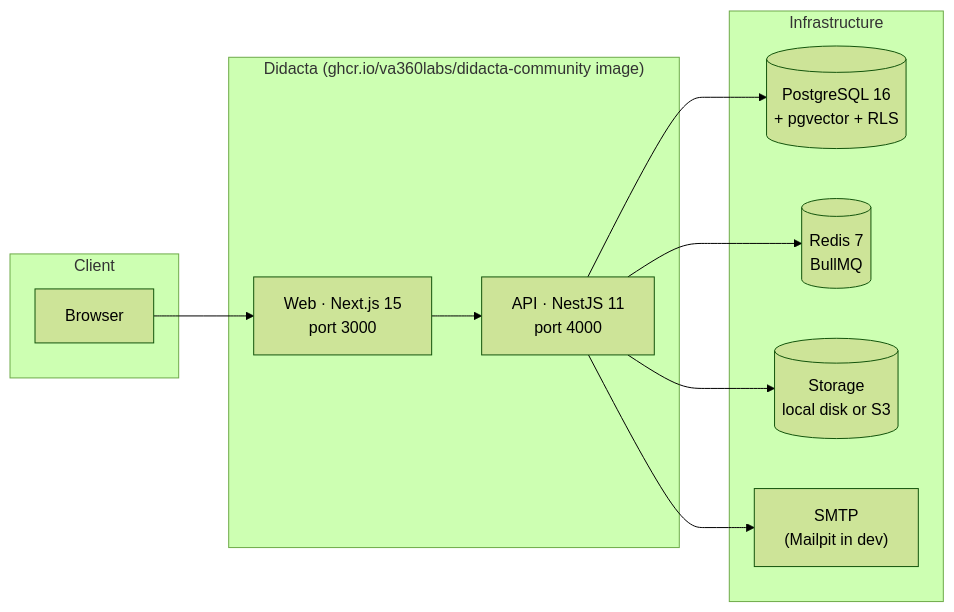
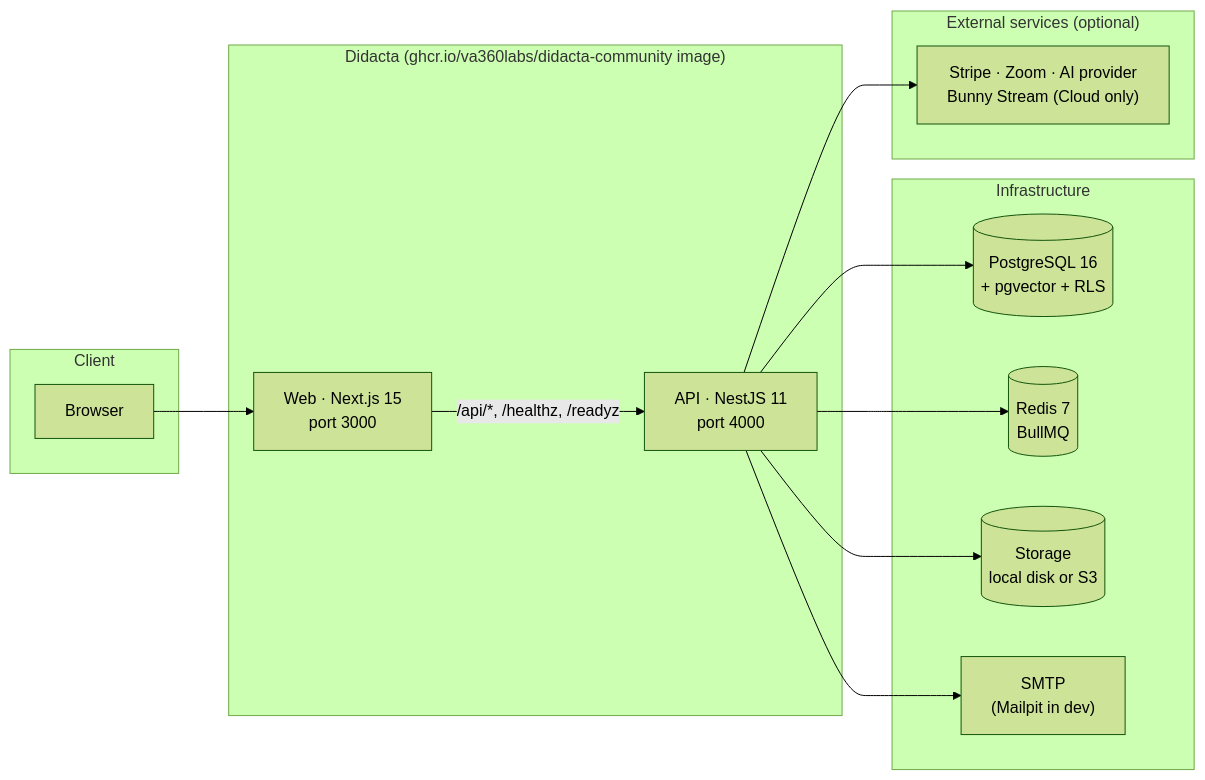
Before and after one commit to va360labs/didacta-docs: the diagram in docs/getting-started/architecture.en.md, drawn with Mermaid (forest theme). The commit also changed other lines of this file and 369 other files, not shown here.

First line of the commit message:
docs: Cloud, MCP, webhooks, API y módulos al día con la beta.24 (#8)

````diff
--- a/docs/getting-started/architecture.en.md
+++ b/docs/getting-started/architecture.en.md
@@ -7,22 +7,26 @@
 ```mermaid
 flowchart LR
     subgraph Client
         B[Browser]
     end
     subgraph "Didacta (ghcr.io/va360labs/didacta-community image)"
         W["Web · Next.js 15<br/>port 3000"]
         A["API · NestJS 11<br/>port 4000"]
     end
     subgraph Infrastructure
         P[("PostgreSQL 16<br/>+ pgvector + RLS")]
         R[("Redis 7<br/>BullMQ")]
         S[("Storage<br/>local disk or S3")]
         M["SMTP<br/>(Mailpit in dev)"]
     end
+    subgraph "External services (optional)"
+        X["Stripe · Zoom · AI provider<br/>Bunny Stream (Cloud only)"]
+    end
     B --> W
-    W --> A
+    W -->|"/api/*, /healthz, /readyz"| A
     A --> P
     A --> R
     A --> S
     A --> M
+    A --> X
 ```
````
